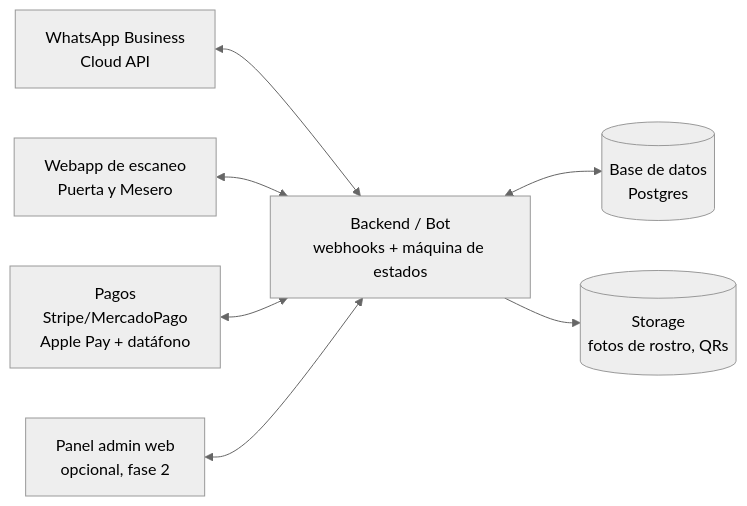
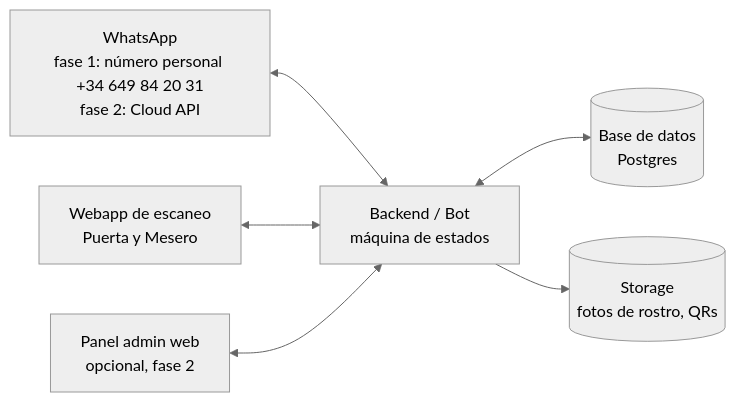
One commit to alvarogpp12/Micaseta changed the diagram in docs/ARQUITECTURA.md. Above: the diagram before and after it, drawn with Mermaid (neutral theme). The commit also changed other lines of this file and 2 other files, not shown here.

First line of the commit message:
Afinar diseño: número personal vía Baileys, cobro en local sin pasarela, acompañantes con QR propio

````diff
--- a/docs/ARQUITECTURA.md
+++ b/docs/ARQUITECTURA.md
@@ -5,9 +5,8 @@
 ```mermaid
 graph LR
-    WA[WhatsApp Business<br/>Cloud API] <--> BOT[Backend / Bot<br/>webhooks + máquina de estados]
+    WA[WhatsApp<br/>fase 1: número personal +34 649 84 20 31<br/>fase 2: Cloud API] <--> BOT[Backend / Bot<br/>máquina de estados]
     BOT <--> DB[(Base de datos<br/>Postgres)]
     BOT --> ST[(Storage<br/>fotos de rostro, QRs)]
     SCAN[Webapp de escaneo<br/>Puerta y Mesero] <--> BOT
-    PAY[Pagos<br/>Stripe/MercadoPago<br/>Apple Pay + datáfono] <--> BOT
     ADMIN[Panel admin web<br/>opcional, fase 2] <--> BOT
 ```
````
